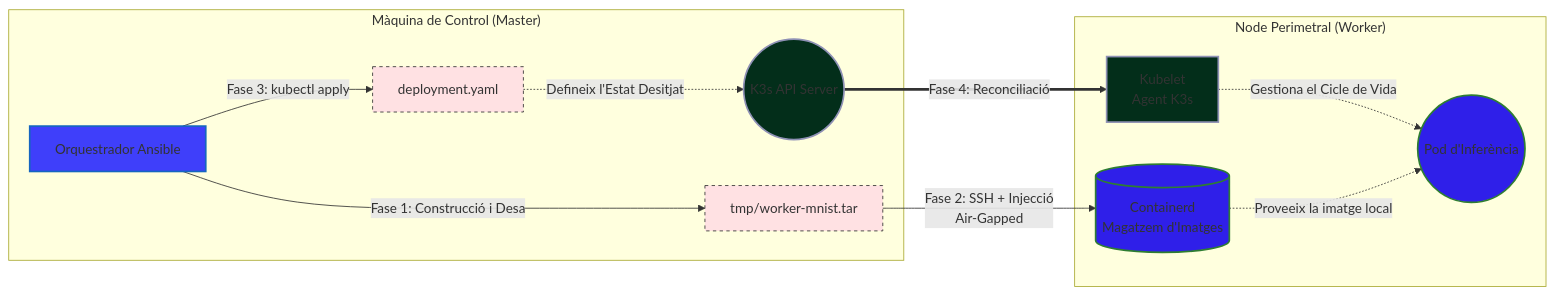
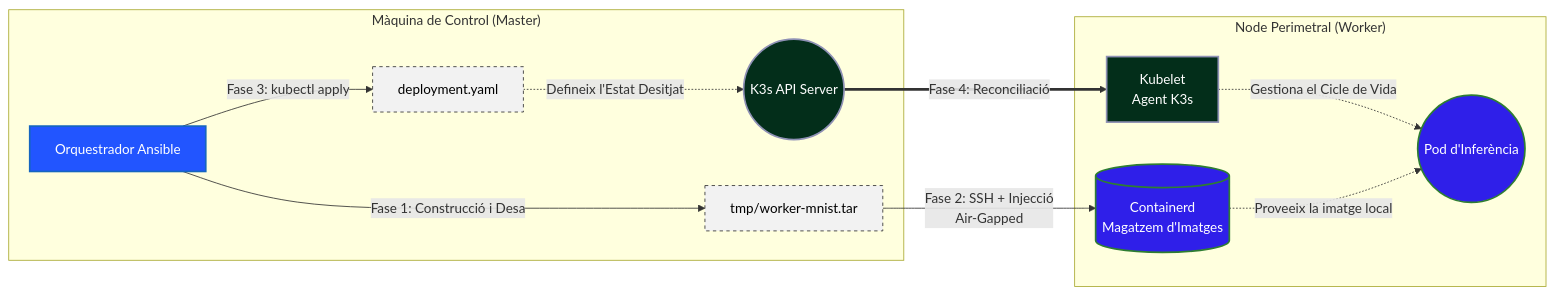
One commit to xji650/tfg-systemd-kubernetes changed the diagram in kubernetes/1-infrastructure/infrastructure-flow.md. Above: the diagram before and after it, drawn with Mermaid.

Commit message:
refactor: improve styling and terminology consistency in infrastructure flow diagram

````diff
--- a/kubernetes/1-infrastructure/infrastructure-flow.md
+++ b/kubernetes/1-infrastructure/infrastructure-flow.md
@@ -1,36 +1,36 @@
 ``` mermaid
 graph LR
-    %% Clases de estilo para darle un toque profesional
-    classDef master fill:#22fd,stroke:#1565c0,stroke-width:2px;
-    classDef worker fill:#2f1fe9,stroke:#2e7d32,stroke-width:2px;
-    classDef files fill:#f2f2,stroke:#333,stroke-width:1px,stroke-dasharray: 4 4;
-    classDef k8s fill:#032e1a,stroke:#8f91b5,stroke-width:2px;
+    %% Clases d'estil amb els colors de lletra corregits per a un bon contrast
+    classDef master fill:#2255ff,stroke:#1565c0,stroke-width:2px,color:#ffffff;
+    classDef worker fill:#2f1fe9,stroke:#2e7d32,stroke-width:2px,color:#ffffff;
+    classDef files fill:#f2f2f2,stroke:#333,stroke-width:1px,stroke-dasharray: 4 4,color:#000000;
+    classDef k8s fill:#032e1a,stroke:#8f91b5,stroke-width:2px,color:#ffffff;
 
     subgraph Control_Node ["Màquina de Control (Master)"]
         Orchestrator[Orquestrador Ansible]:::master
         ImageArtifact[tmp/worker-mnist.tar]:::files
         Manifest[deployment.yaml]:::files
         KubeAPI((K3s API Server)):::k8s
     end
 
     subgraph Edge_Node ["Node Perimetral (Worker)"]
         Containerd[(Containerd<br>Magatzem d'Imatges)]:::worker
         Kubelet[Kubelet<br>Agent K3s]:::k8s
         Pod((Pod d'Inferència)):::worker
     end
 
-    %% Fases consolidadas
+    %% Fases consolidades
     Orchestrator -->|Fase 1: Construcció i Desa| ImageArtifact
     
-    %% Inyección física
+    %% Injecció física
     ImageArtifact -->|Fase 2: SSH + Injecció <br> Air-Gapped| Containerd
     
-    %% Gestión lógica
+    %% Gestió lògica
     Orchestrator -->|Fase 3: kubectl apply| Manifest
     Manifest -.->|Defineix l'Estat Desitjat| KubeAPI
     
-    %% Orquestación
+    %% Orquestració
     KubeAPI ==>|Fase 4: Reconciliació| Kubelet
     Kubelet -.->|Gestiona el Cicle de Vida| Pod
     Containerd -.->|Proveeix la imatge local| Pod
 ```
````
